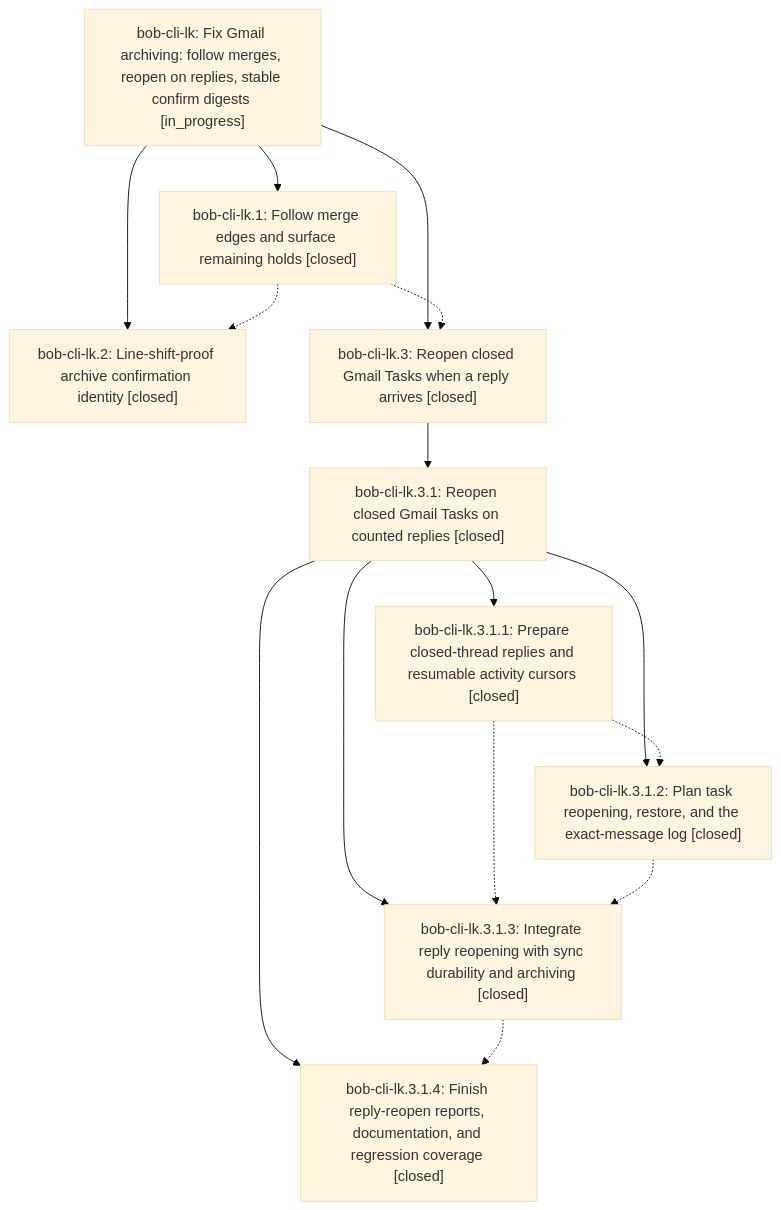
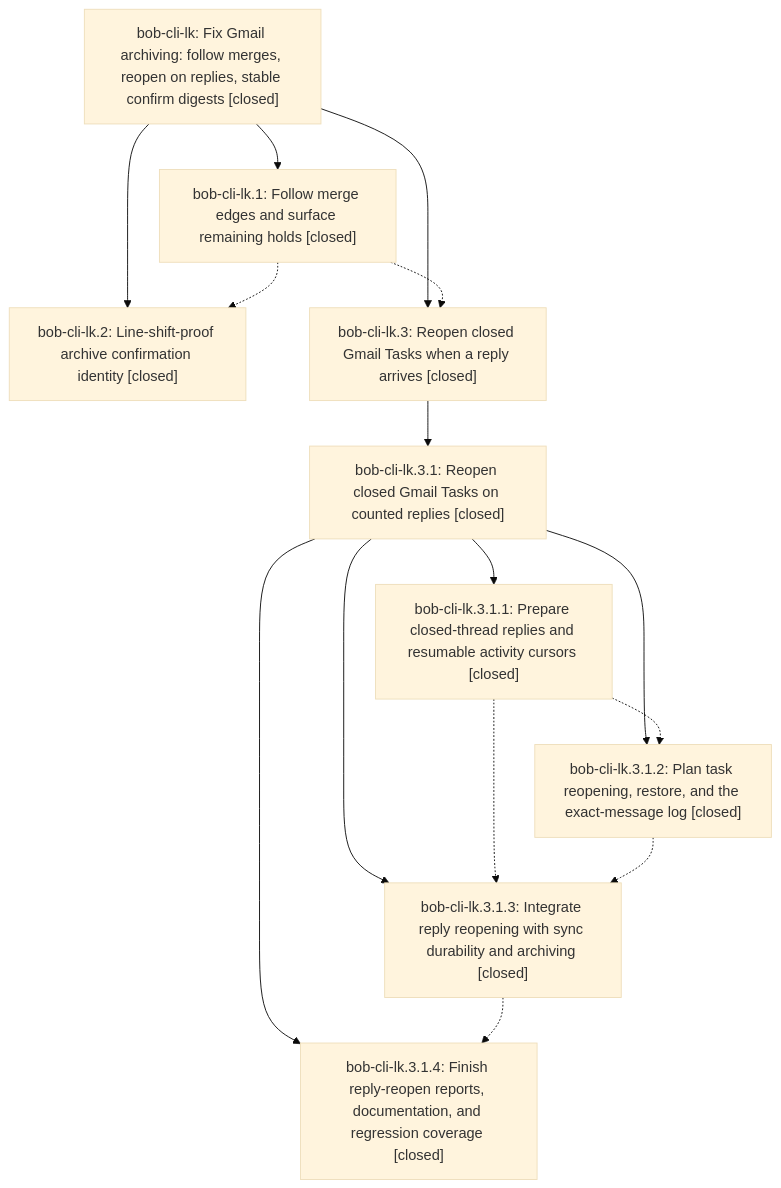
One commit to bobs-org/bob-cli--beads changed the diagram in pages/bob-cli-lk/README.md. Above: the diagram before and after it, drawn with Mermaid (base theme). The commit also changed other lines of this file and 2 other files, not shown here.

First line of the commit message:
chore(beads): sync bead state and pages for bob-cli-lk

````diff
--- a/pages/bob-cli-lk/README.md
+++ b/pages/bob-cli-lk/README.md
@@ -36,26 +64,26 @@
 ```mermaid
 flowchart TD
-    n0["bob-cli-lk: Fix Gmail archiving: follow merges, reopen on replies, stable confirm digests [in_progress]"]
+    n0["bob-cli-lk: Fix Gmail archiving: follow merges, reopen on replies, stable confirm digests [closed]"]
     n1["bob-cli-lk.1: Follow merge edges and surface remaining holds [closed]"]
     n2["bob-cli-lk.2: Line-shift-proof archive confirmation identity [closed]"]
     n3["bob-cli-lk.3: Reopen closed Gmail Tasks when a reply arrives [closed]"]
     n4["bob-cli-lk.3.1: Reopen closed Gmail Tasks on counted replies [closed]"]
     n5["bob-cli-lk.3.1.1: Prepare closed-thread replies and resumable activity cursors [closed]"]
     n6["bob-cli-lk.3.1.2: Plan task reopening, restore, and the exact-message log [closed]"]
     n7["bob-cli-lk.3.1.3: Integrate reply reopening with sync durability and archiving [closed]"]
     n8["bob-cli-lk.3.1.4: Finish reply-reopen reports, documentation, and regression coverage [closed]"]
     n0 --> n1
     n0 --> n2
     n0 --> n3
     n3 --> n4
     n4 --> n5
     n4 --> n6
     n4 --> n7
     n4 --> n8
     n1 -.-> n2
     n1 -.-> n3
     n5 -.-> n6
     n5 -.-> n7
     n6 -.-> n7
     n7 -.-> n8
 ```
````
